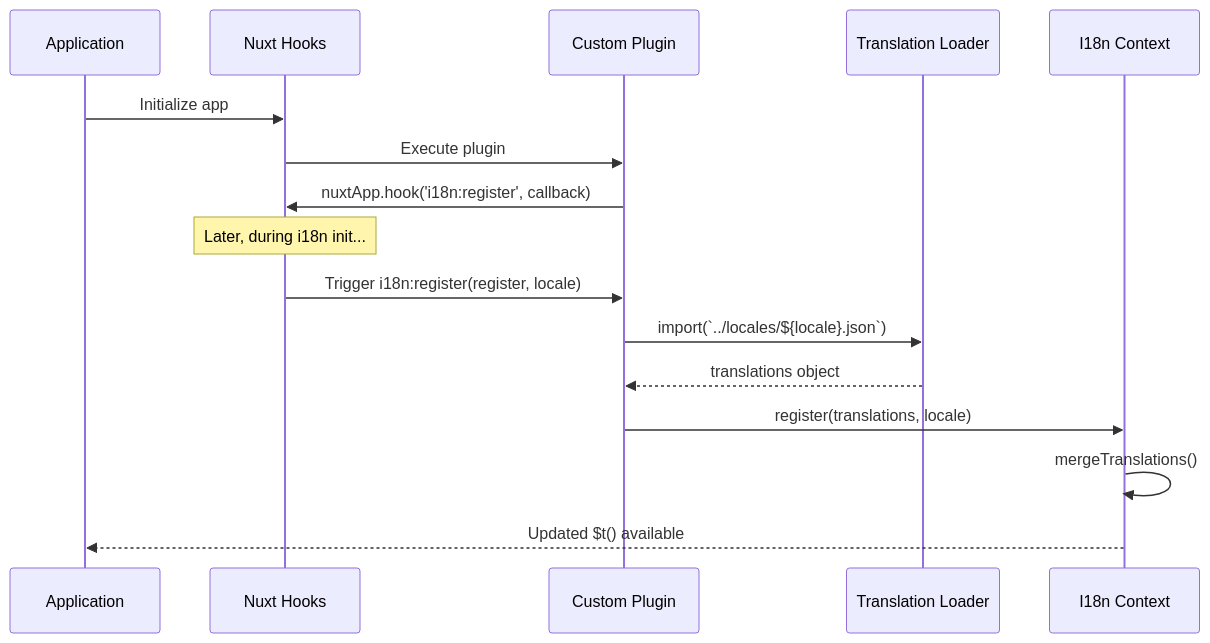
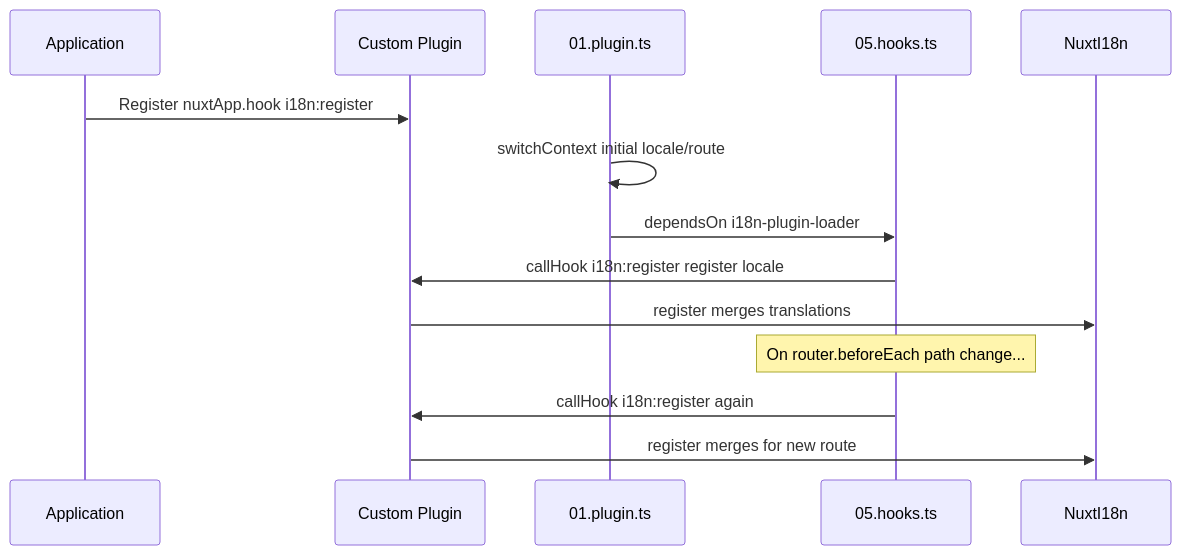
Before and after one commit to s00d/nuxt-i18n-micro: the diagram in docs/api/events.md, drawn with Mermaid. The commit also changed other lines of this file and 13 other files, not shown here.

First line of the commit message:
docs: sync guides with PR #229 runtime architecture

````diff
--- a/docs/api/events.md
+++ b/docs/api/events.md
@@ -44,21 +55,18 @@
 ```mermaid
 sequenceDiagram
     participant App as Application
-    participant NuxtHooks as Nuxt Hooks
-    participant Plugin as Custom Plugin
-    participant Loader as Translation Loader
-    participant I18nContext as I18n Context
-    
-    App->>NuxtHooks: Initialize app
-    NuxtHooks->>Plugin: Execute plugin
-    Plugin->>NuxtHooks: nuxtApp.hook('i18n:register', callback)
-    
-    Note over NuxtHooks: Later, during i18n init...
-    
-    NuxtHooks->>Plugin: Trigger i18n:register(register, locale)
-    Plugin->>Loader: import(`../locales/${locale}.json`)
-    Loader-->>Plugin: translations object
-    Plugin->>I18nContext: register(translations, locale)
-    I18nContext->>I18nContext: mergeTranslations()
-    I18nContext-->>App: Updated $t() available
+    participant Custom as Custom Plugin
+    participant Loader as 01.plugin.ts
+    participant Hooks as 05.hooks.ts
+    participant I18n as NuxtI18n
+
+    App->>Custom: Register nuxtApp.hook i18n:register
+    Loader->>Loader: switchContext initial locale/route
+    Loader->>Hooks: dependsOn i18n-plugin-loader
+    Hooks->>Custom: callHook i18n:register register locale
+    Custom->>I18n: register merges translations
+
+    Note over Hooks: On router.beforeEach path change...
+    Hooks->>Custom: callHook i18n:register again
+    Custom->>I18n: register merges for new route
 ```
````
